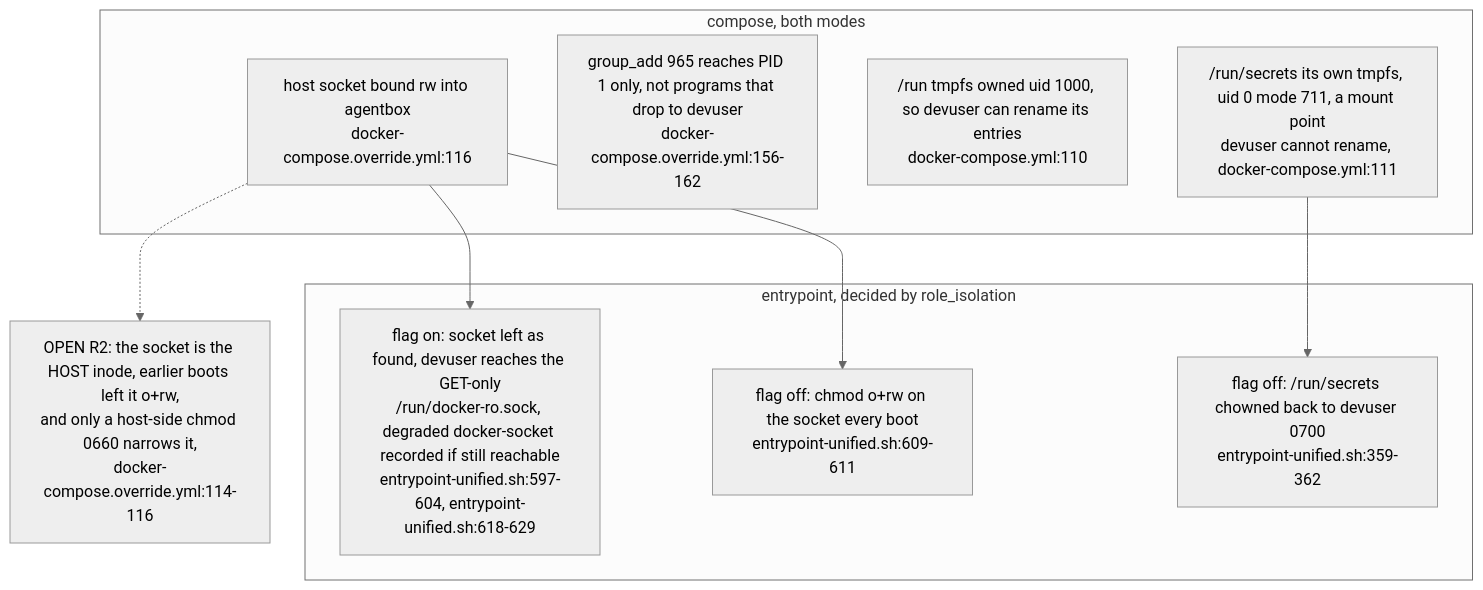
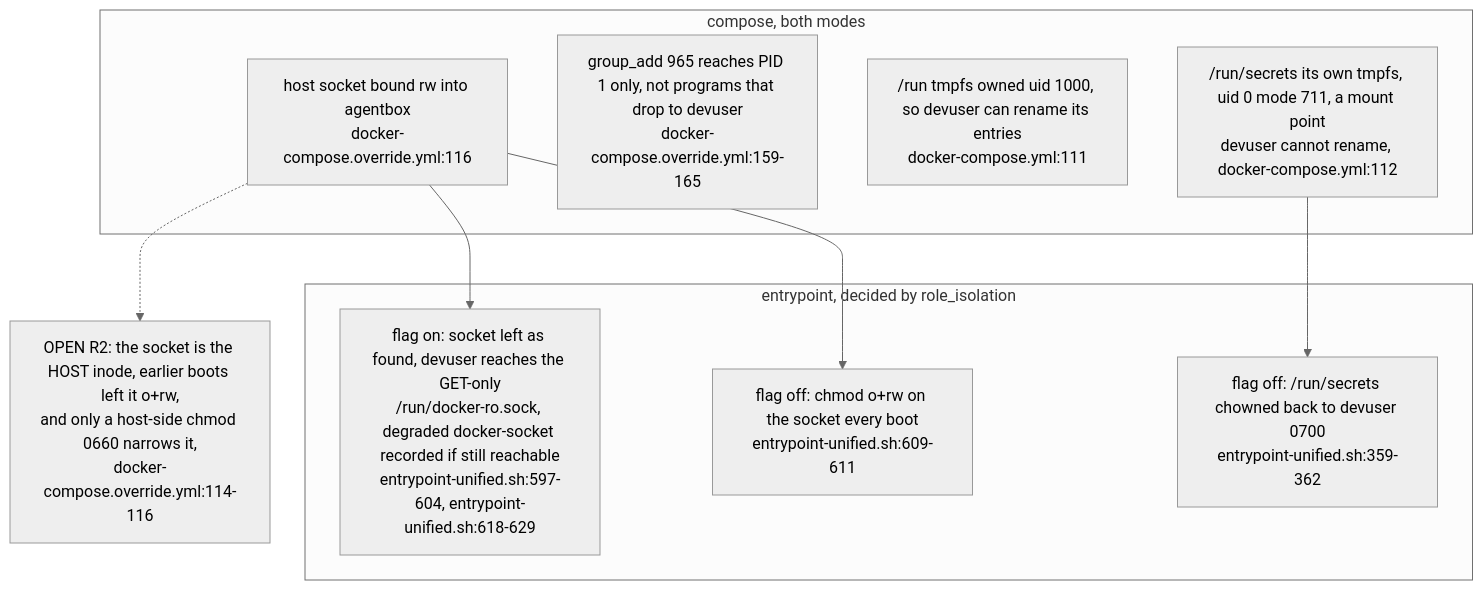
Before and after one commit to DreamLab-AI/VisionFlow: diagram 13 of 14 in docs/diagrams/agentbox/06-sidecars-and-compose-overlays.md, drawn with Mermaid (neutral theme). The commit also changed other lines of this file, not shown here.

````diff
--- a/docs/diagrams/agentbox/06-sidecars-and-compose-overlays.md
+++ b/docs/diagrams/agentbox/06-sidecars-and-compose-overlays.md
@@ -379,18 +393,18 @@
 ```mermaid
 flowchart TB
     subgraph COMPOSE["compose, both modes"]
         S1["host socket bound rw into agentbox<br/>docker-compose.override.yml:116"]
-        S2["group_add 965 reaches PID 1 only, not programs that drop to devuser<br/>docker-compose.override.yml:156-162"]
-        M1["/run tmpfs owned uid 1000, so devuser can rename its entries<br/>docker-compose.yml:110"]
-        M2["/run/secrets its own tmpfs, uid 0 mode 711, a mount point<br/>devuser cannot rename, docker-compose.yml:111"]
+        S2["group_add 965 reaches PID 1 only, not programs that drop to devuser<br/>docker-compose.override.yml:159-165"]
+        M1["/run tmpfs owned uid 1000, so devuser can rename its entries<br/>docker-compose.yml:111"]
+        M2["/run/secrets its own tmpfs, uid 0 mode 711, a mount point<br/>devuser cannot rename, docker-compose.yml:112"]
     end
     subgraph BOOT["entrypoint, decided by role_isolation"]
         E0["flag off: chmod o+rw on the socket every boot<br/>entrypoint-unified.sh:609-611"]
         E1["flag on: socket left as found, devuser reaches the GET-only<br/>/run/docker-ro.sock, degraded docker-socket recorded if still reachable<br/>entrypoint-unified.sh:597-604, entrypoint-unified.sh:618-629"]
         E2["flag off: /run/secrets chowned back to devuser 0700<br/>entrypoint-unified.sh:359-362"]
     end
     S1 --> E0
     S1 --> E1
     M2 --> E2
     S1 -.-> R2["OPEN R2: the socket is the HOST inode, earlier boots left it o+rw,<br/>and only a host-side chmod 0660 narrows it,<br/>docker-compose.override.yml:114-116"]
 ```
````
